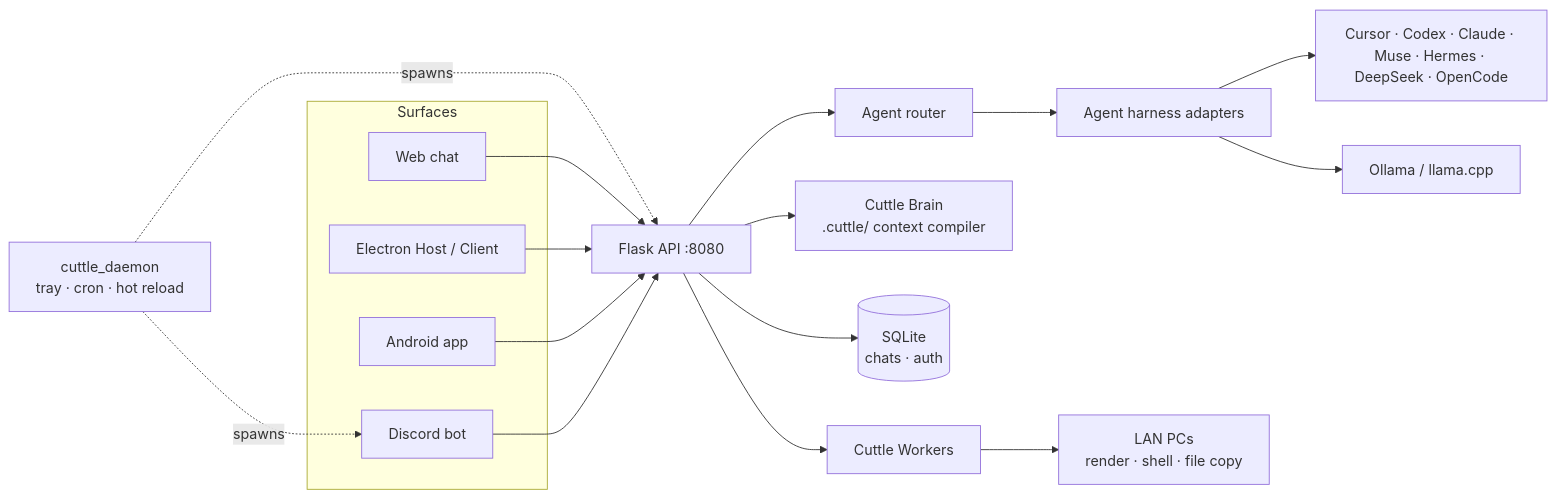
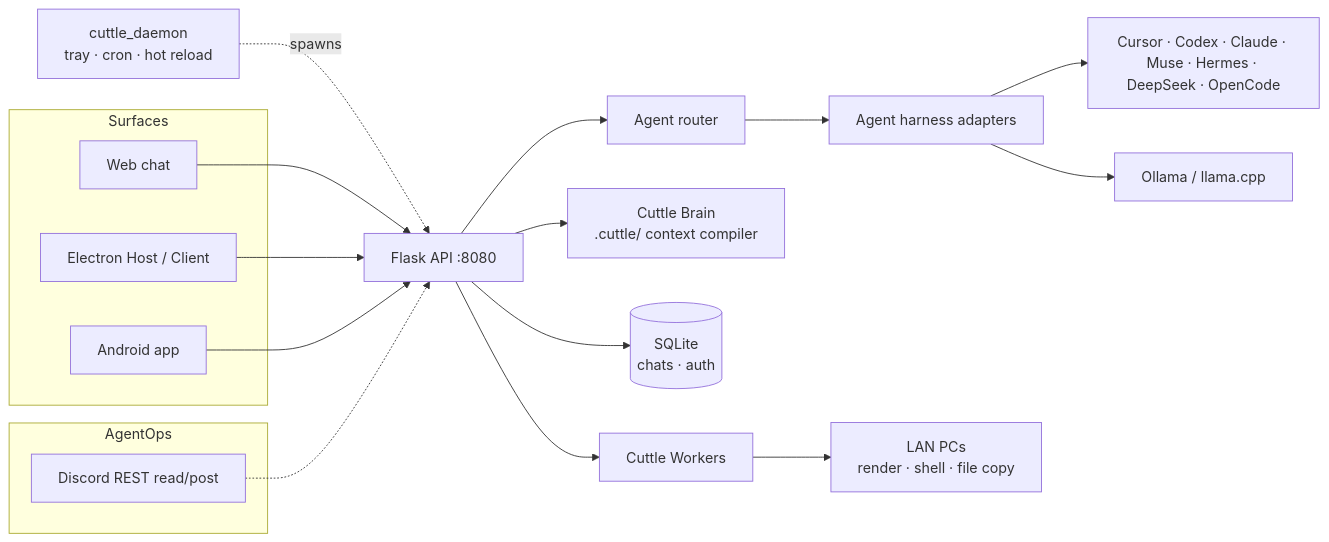
The diagram in README.md (kidchemical/Cuttle), drawn with Mermaid before and after one commit. The commit also changed other lines of this file and 56 other files, not shown here.

````diff
--- a/README.md
+++ b/README.md
@@ -154,20 +154,22 @@
 ```mermaid
 flowchart LR
   subgraph Surfaces
     Web[Web chat]
     Desk[Electron Host / Client]
     Phone[Android app]
-    Discord[Discord bot]
+  end
+  subgraph AgentOps
+    DiscordREST[Discord REST read/post]
   end
   Daemon[cuttle_daemon<br/>tray · cron · hot reload] -. spawns .-> API
-  Daemon -. spawns .-> Discord
-  Web & Desk & Phone & Discord --> API[Flask API :8080]
+  Web & Desk & Phone --> API[Flask API :8080]
+  DiscordREST -.-> API
   API --> Router[Agent router]
   Router --> Harness[Agent harness adapters]
   Harness --> CLIs[Cursor · Codex · Claude · Muse · Hermes · DeepSeek · OpenCode]
   Harness --> Local[Ollama / llama.cpp]
   API --> Brain[Cuttle Brain<br/>.cuttle/ context compiler]
   API --> Store[(SQLite<br/>chats · auth)]
   API --> Workers[Cuttle Workers]
   Workers --> Mesh[LAN PCs<br/>render · shell · file copy]
 ```
````
